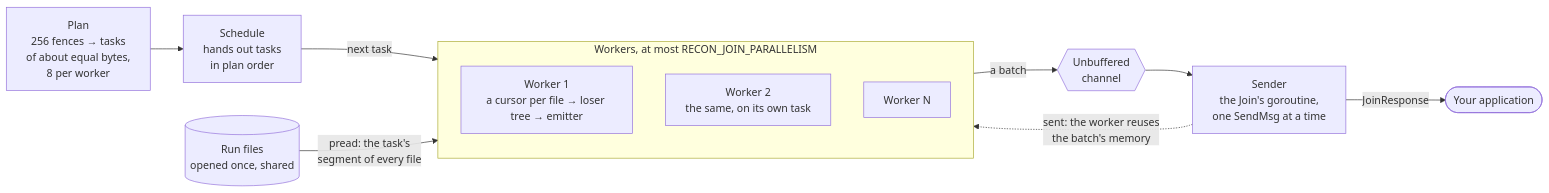
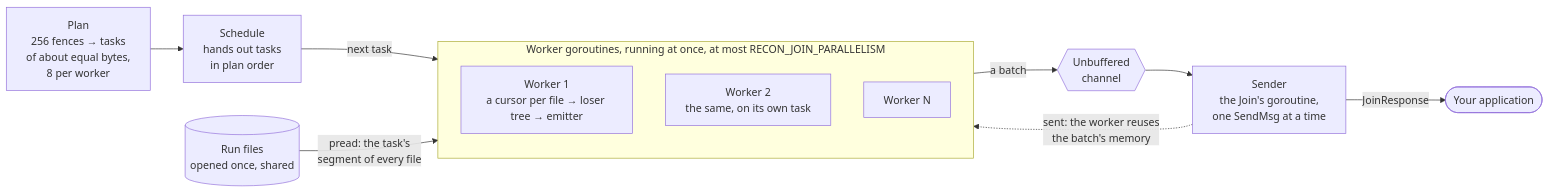
Before and after one commit to Zaba505/reconciliar-sidecar-poc: the seventh of 9 diagrams in README.md, drawn with Mermaid. The commit also changed other lines of this file, not shown here.

First line of the commit message:
README: show a Join's workers running at once on a timeline

````diff
--- a/README.md
+++ b/README.md
@@ -273,17 +273,17 @@
 ```mermaid
 flowchart LR
   Plan["Plan<br/>256 fences → tasks<br/>of about equal bytes,<br/>8 per worker"] --> Sched["Schedule<br/>hands out tasks<br/>in plan order"]
   Files[("Run files<br/>opened once, shared")]
-  subgraph Workers["Workers, at most RECON_JOIN_PARALLELISM"]
+  subgraph Workers["Worker goroutines, running at once, at most RECON_JOIN_PARALLELISM"]
     direction TB
     W1["Worker 1<br/>a cursor per file → loser tree → emitter"]
     W2["Worker 2<br/>the same, on its own task"]
     WN["Worker N"]
   end
   Sched -- "next task" --> Workers
   Files -- "pread: the task's<br/>segment of every file" --> Workers
   Workers -- "a batch" --> Ch{{"Unbuffered<br/>channel"}}
   Ch --> Sender["Sender<br/>the Join's goroutine,<br/>one SendMsg at a time"]
   Sender -- "JoinResponse" --> App(["Your application"])
   Sender -. "sent: the worker reuses<br/>the batch's memory" .-> Workers
 ```
````
